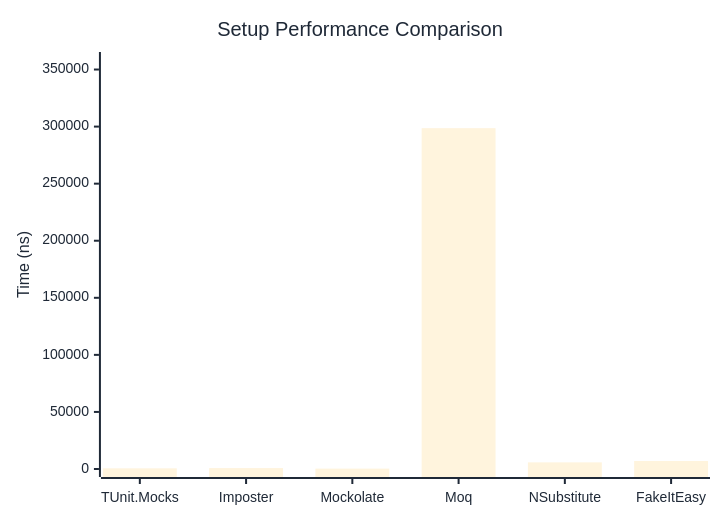
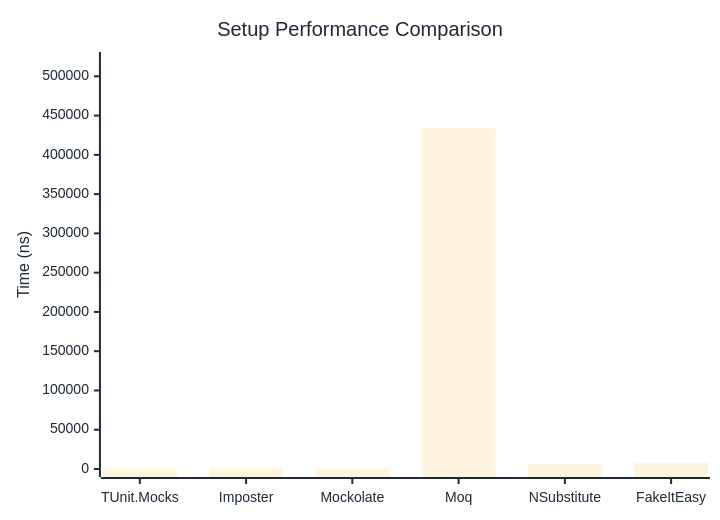
One commit to thomhurst/TUnit changed the first of 2 diagrams in docs/docs/benchmarks/mocks/Setup.md. Above: the diagram before and after it, drawn with Mermaid. The commit also changed other lines of this file and 14 other files, not shown here.

````diff
--- a/docs/docs/benchmarks/mocks/Setup.md
+++ b/docs/docs/benchmarks/mocks/Setup.md
@@ -30,27 +30,27 @@
 ```mermaid
 %%{init: {
   'theme':'base',
   'themeVariables': {
     'primaryColor': '#2563eb',
     'primaryTextColor': '#1f2937',
     'primaryBorderColor': '#1e40af',
     'lineColor': '#6b7280',
     'secondaryColor': '#7c3aed',
     'tertiaryColor': '#dc2626',
     'background': '#ffffff',
     'pie1': '#2563eb',
     'pie2': '#7c3aed',
     'pie3': '#dc2626',
     'pie4': '#f59e0b',
     'pie5': '#10b981',
     'pie6': '#06b6d4',
     'pie7': '#ec4899',
     'pie8': '#6366f1'
   }
 }}%%
 xychart-beta
   title "Setup Performance Comparison"
   x-axis ["TUnit.Mocks", "Imposter", "Mockolate", "Moq", "NSubstitute", "FakeItEasy"]
-  y-axis "Time (ns)" 0 --> 358345
-  bar [581.8, 799.2, 326.3, 298620.6, 5828.4, 7003.6]
+  y-axis "Time (ns)" 0 --> 520786
+  bar [551.7, 851.7, 331.7, 433988.1, 6263.8, 8319.2]
 ```
````
